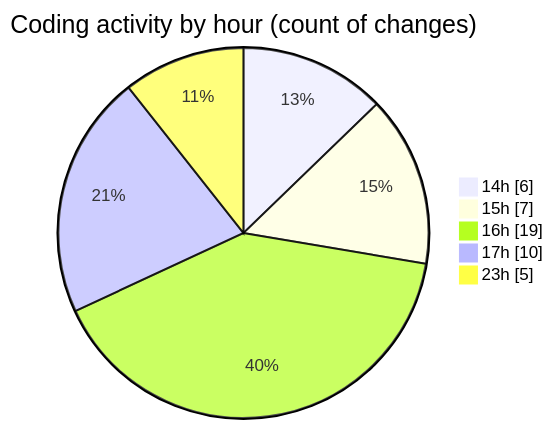
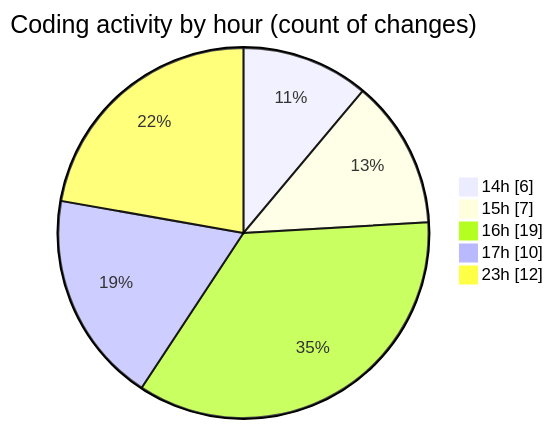
One commit to igalym/code-tracking changed the second of 2 diagrams in 2026-03-30/cinema/README.md. Above: the diagram before and after it, drawn with Mermaid. The commit also changed other lines of this file and 1 other file, not shown here.

````diff
--- a/2026-03-30/cinema/README.md
+++ b/2026-03-30/cinema/README.md
@@ -41,9 +42,9 @@
 ```mermaid
 pie showData
 title Coding activity by hour (count of changes)
 "14h" : 6
 "15h" : 7
 "16h" : 19
 "17h" : 10
-"23h" : 5
+"23h" : 12
 ```
````
